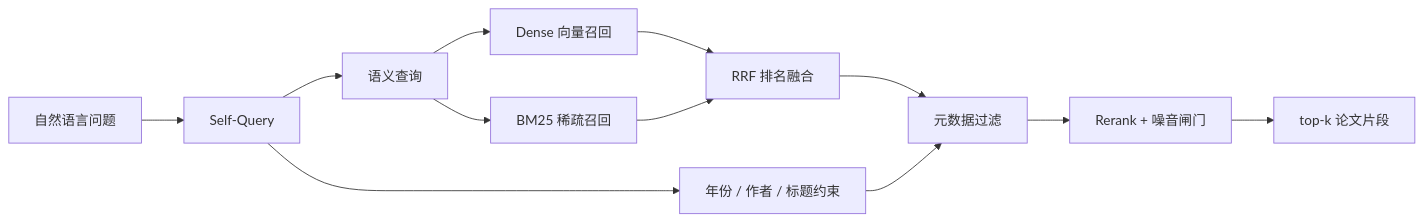
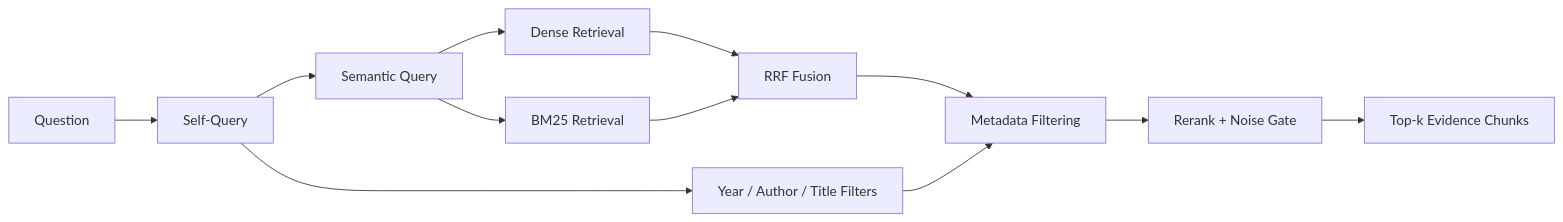
One commit to HZ3568/paper-guide changed the second of 2 diagrams in README.md. Above: the diagram before and after it, drawn with Mermaid. The commit also changed other lines of this file and 48 other files, not shown here.

````diff
--- a/README.md
+++ b/README.md
@@ -296,14 +189,14 @@
 ```mermaid
 flowchart LR
-    Q[自然语言问题] --> SQ[Self-Query]
-    SQ --> Semantic[语义查询]
-    SQ --> Filters[年份 / 作者 / 标题约束]
-    Semantic --> Dense[Dense 向量召回]
-    Semantic --> Sparse[BM25 稀疏召回]
-    Dense --> RRF[RRF 排名融合]
+    Q[Question] --> SQ[Self-Query]
+    SQ --> Semantic[Semantic Query]
+    SQ --> Filters[Year / Author / Title Filters]
+    Semantic --> Dense[Dense Retrieval]
+    Semantic --> Sparse[BM25 Retrieval]
+    Dense --> RRF[RRF Fusion]
     Sparse --> RRF
-    RRF --> Meta[元数据过滤]
+    RRF --> Meta[Metadata Filtering]
     Filters --> Meta
-    Meta --> Rerank[Rerank + 噪音闸门]
-    Rerank --> TopK[top-k 论文片段]
+    Meta --> Rerank[Rerank + Noise Gate]
+    Rerank --> TopK[Top-k Evidence Chunks]
 ```
````
